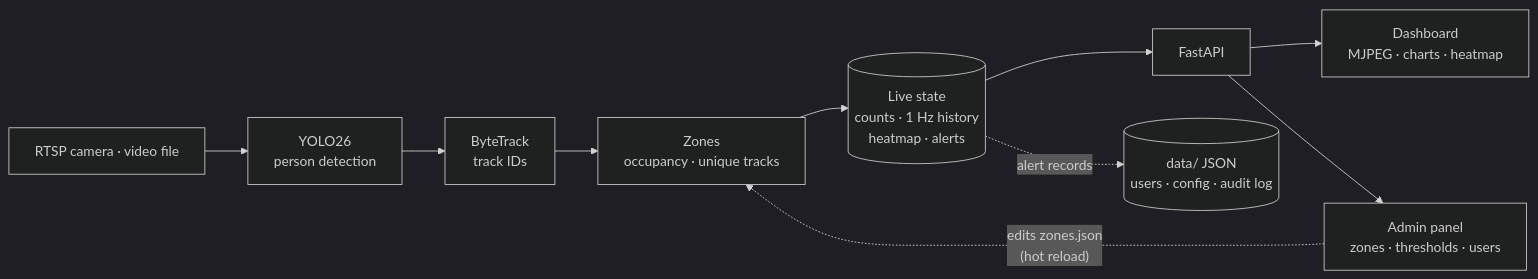
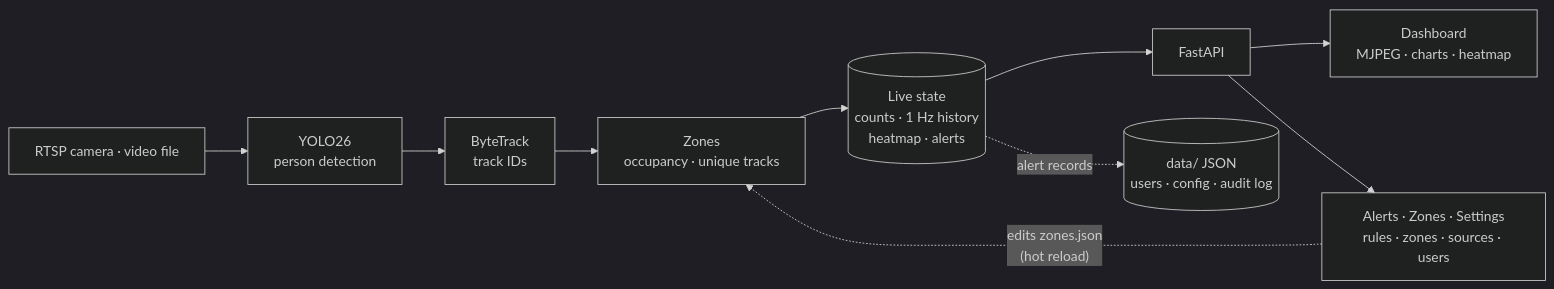
Before and after one commit to nvmaditya/CrowdCount: the diagram in README.md, drawn with Mermaid (dark theme). The commit also changed other lines of this file and 15 other files, not shown here.

````diff
--- a/README.md
+++ b/README.md
@@ -110,12 +115,12 @@
 ```mermaid
 flowchart LR
     cam["RTSP camera · video file"] --> det["YOLO26<br/>person detection"]
     det --> trk["ByteTrack<br/>track IDs"]
     trk --> zon["Zones<br/>occupancy · unique tracks"]
     zon --> st[("Live state<br/>counts · 1 Hz history<br/>heatmap · alerts")]
     st --> api["FastAPI"]
     api --> ui["Dashboard<br/>MJPEG · charts · heatmap"]
-    api --> adm["Admin panel<br/>zones · thresholds · users"]
+    api --> adm["Alerts · Zones · Settings<br/>rules · zones · sources · users"]
     adm -. "edits zones.json<br/>(hot reload)" .-> zon
     st -. "alert records" .-> db[("data/ JSON<br/>users · config · audit log")]
 ```
````
